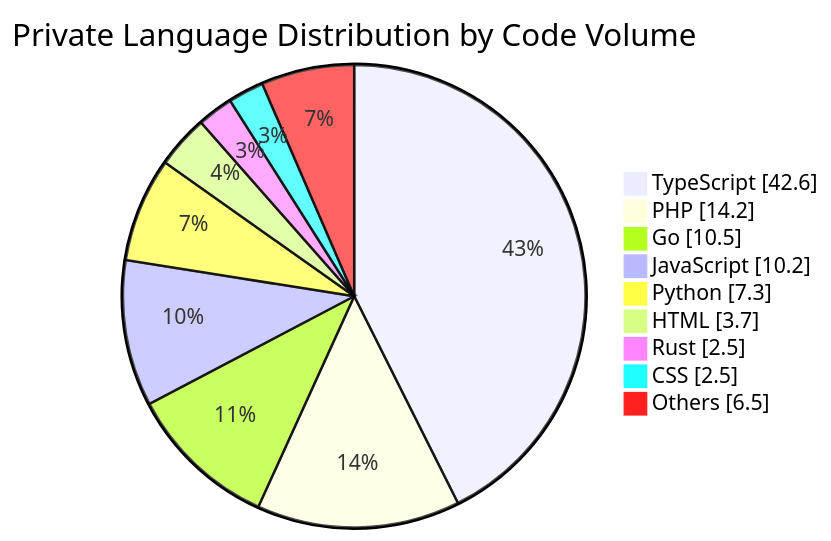
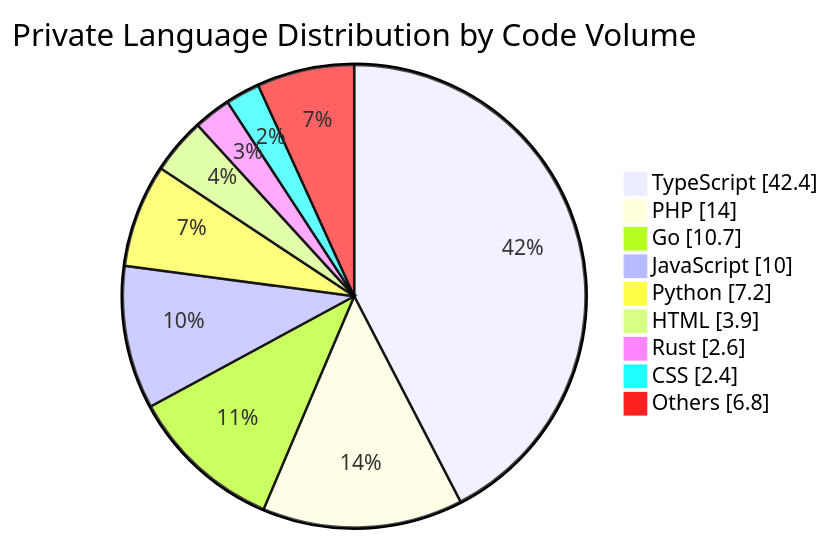
Before and after one commit to Lamy210/Lamy210: the diagram in README.md, drawn with Mermaid. The commit also changed other lines of this file, not shown here.

Commit message:
chore: update private technology summary [skip ci]

````diff
--- a/README.md
+++ b/README.md
@@ -47,13 +47,13 @@
 ```mermaid
 pie showData
     title Private Language Distribution by Code Volume
-    "TypeScript" : 42.6
-    "PHP" : 14.2
-    "Go" : 10.5
-    "JavaScript" : 10.2
-    "Python" : 7.3
-    "HTML" : 3.7
-    "Rust" : 2.5
-    "CSS" : 2.5
-    "Others" : 6.5
+    "TypeScript" : 42.4
+    "PHP" : 14.0
+    "Go" : 10.7
+    "JavaScript" : 10.0
+    "Python" : 7.2
+    "HTML" : 3.9
+    "Rust" : 2.6
+    "CSS" : 2.4
+    "Others" : 6.8
 ```
````
